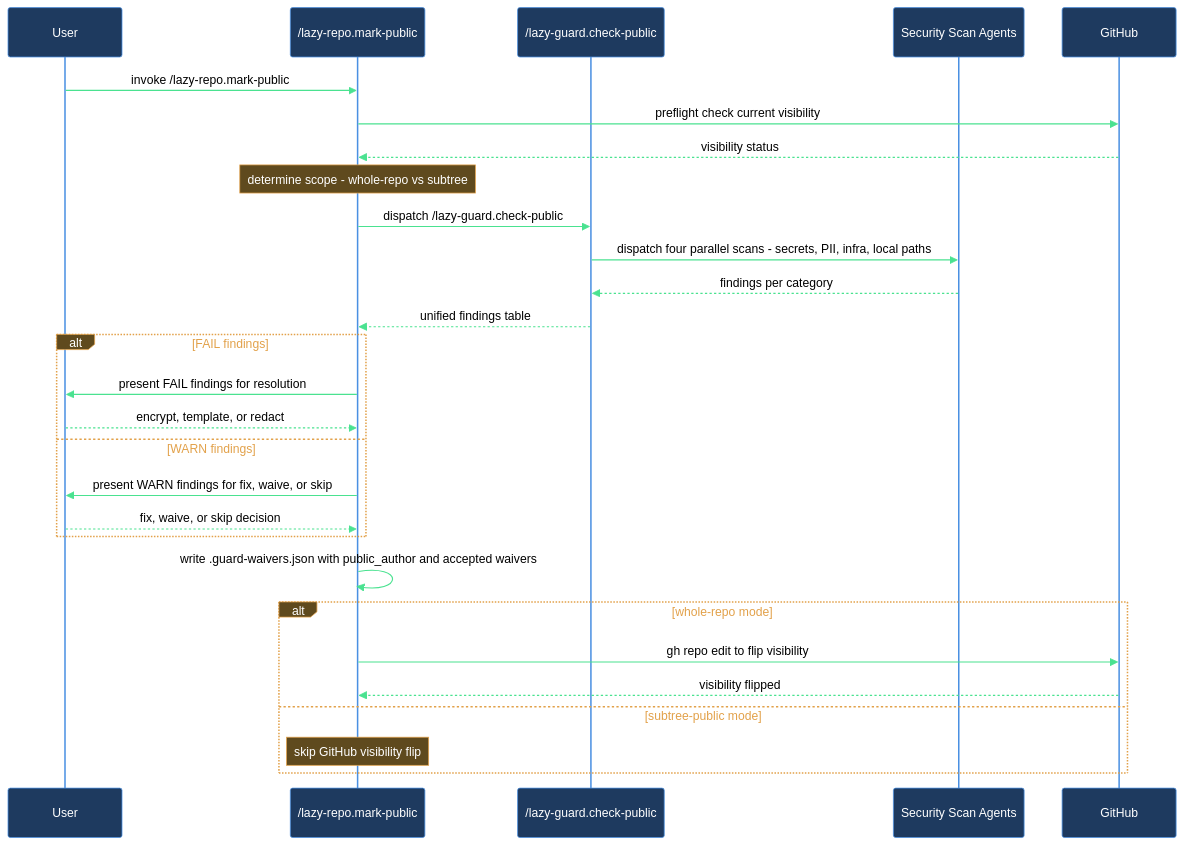
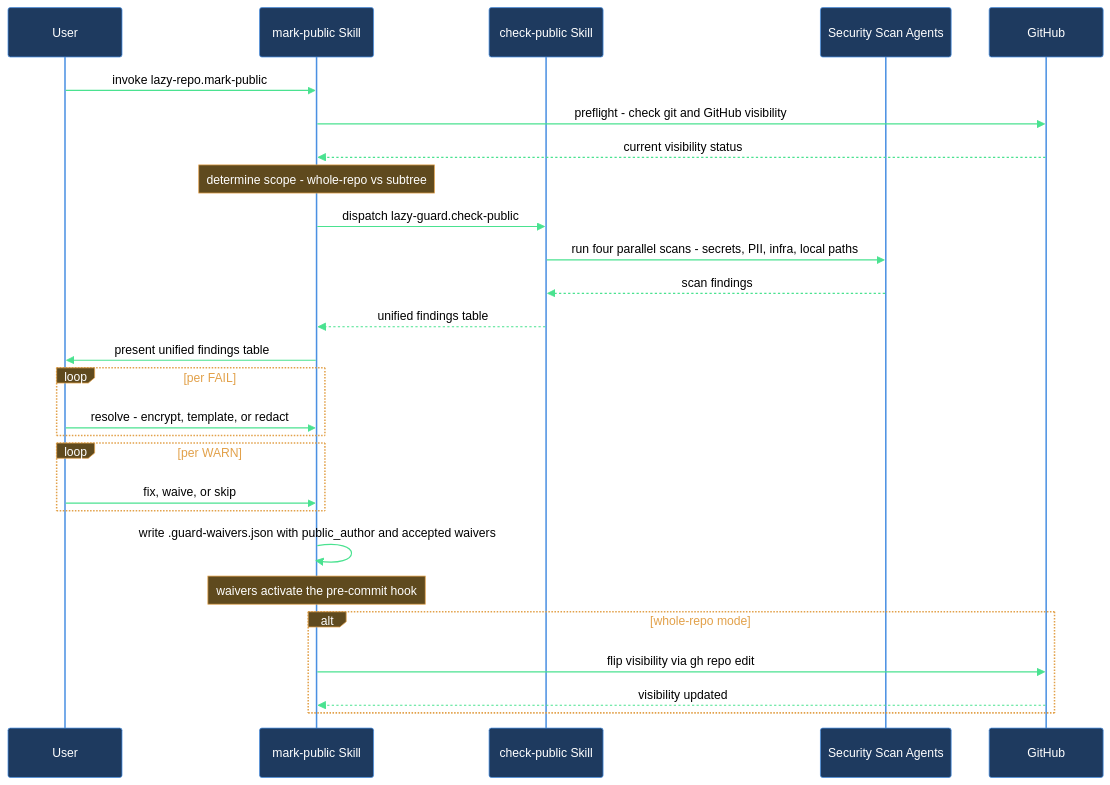
One commit to mebius-san/lazy-cortex changed the diagram in claude/lazycortex-core/help/walkthroughs/make-repo-public.md. Above: the diagram before and after it, drawn with Mermaid. The commit also changed other lines of this file and 65 other files, not shown here.

````diff
--- a/claude/lazycortex-core/help/walkthroughs/make-repo-public.md
+++ b/claude/lazycortex-core/help/walkthroughs/make-repo-public.md
@@ -120,32 +120,31 @@
 ```mermaid
 %%{init: {'themeVariables':{'background':'transparent','primaryColor':'#1e3a5f','primaryBorderColor':'#4a90e2','primaryTextColor':'#fff','lineColor':'#4ae290','actorBkg':'#1e3a5f','actorBorder':'#4a90e2','actorTextColor':'#fff','actorLineColor':'#4a90e2','signalColor':'#4ae290','signalTextColor':'#000','noteBkgColor':'#5f4a1e','noteBorderColor':'#e2a14a','noteTextColor':'#fff','labelBoxBkgColor':'#5f4a1e','labelBoxBorderColor':'#e2a14a','labelTextColor':'#fff','loopTextColor':'#e2a14a'},'sequence':{'diagramPadding':5,'useMaxWidth':true}}}%%
 sequenceDiagram
   participant user as User
-  participant markPublic as /lazy-repo.mark-public
-  participant checkPublic as /lazy-guard.check-public
-  participant scanAgents as Security Scan Agents
+  participant markPublicSkill as mark-public Skill
+  participant checkPublicSkill as check-public Skill
+  participant securityScanAgents as Security Scan Agents
   participant github as GitHub
 
-  user->>markPublic: invoke /lazy-repo.mark-public
-  markPublic->>github: preflight check current visibility
-  github-->>markPublic: visibility status
-  Note over markPublic: determine scope - whole-repo vs subtree
-  markPublic->>checkPublic: dispatch /lazy-guard.check-public
-  checkPublic->>scanAgents: dispatch four parallel scans - secrets, PII, infra, local paths
-  scanAgents-->>checkPublic: findings per category
-  checkPublic-->>markPublic: unified findings table
-  alt FAIL findings
-    markPublic->>user: present FAIL findings for resolution
-    user-->>markPublic: encrypt, template, or redact
-  else WARN findings
-    markPublic->>user: present WARN findings for fix, waive, or skip
-    user-->>markPublic: fix, waive, or skip decision
+  user->>markPublicSkill: invoke lazy-repo.mark-public
+  markPublicSkill->>github: preflight - check git and GitHub visibility
+  github-->>markPublicSkill: current visibility status
+  Note over markPublicSkill: determine scope - whole-repo vs subtree
+  markPublicSkill->>checkPublicSkill: dispatch lazy-guard.check-public
+  checkPublicSkill->>securityScanAgents: run four parallel scans - secrets, PII, infra, local paths
+  securityScanAgents-->>checkPublicSkill: scan findings
+  checkPublicSkill-->>markPublicSkill: unified findings table
+  markPublicSkill->>user: present unified findings table
+  loop per FAIL
+    user->>markPublicSkill: resolve - encrypt, template, or redact
   end
-  markPublic->>markPublic: write .guard-waivers.json with public_author and accepted waivers
+  loop per WARN
+    user->>markPublicSkill: fix, waive, or skip
+  end
+  markPublicSkill->>markPublicSkill: write .guard-waivers.json with public_author and accepted waivers
+  Note over markPublicSkill: waivers activate the pre-commit hook
   alt whole-repo mode
-    markPublic->>github: gh repo edit to flip visibility
-    github-->>markPublic: visibility flipped
-  else subtree-public mode
-    Note over markPublic: skip GitHub visibility flip
+    markPublicSkill->>github: flip visibility via gh repo edit
+    github-->>markPublicSkill: visibility updated
   end
 ```
````
